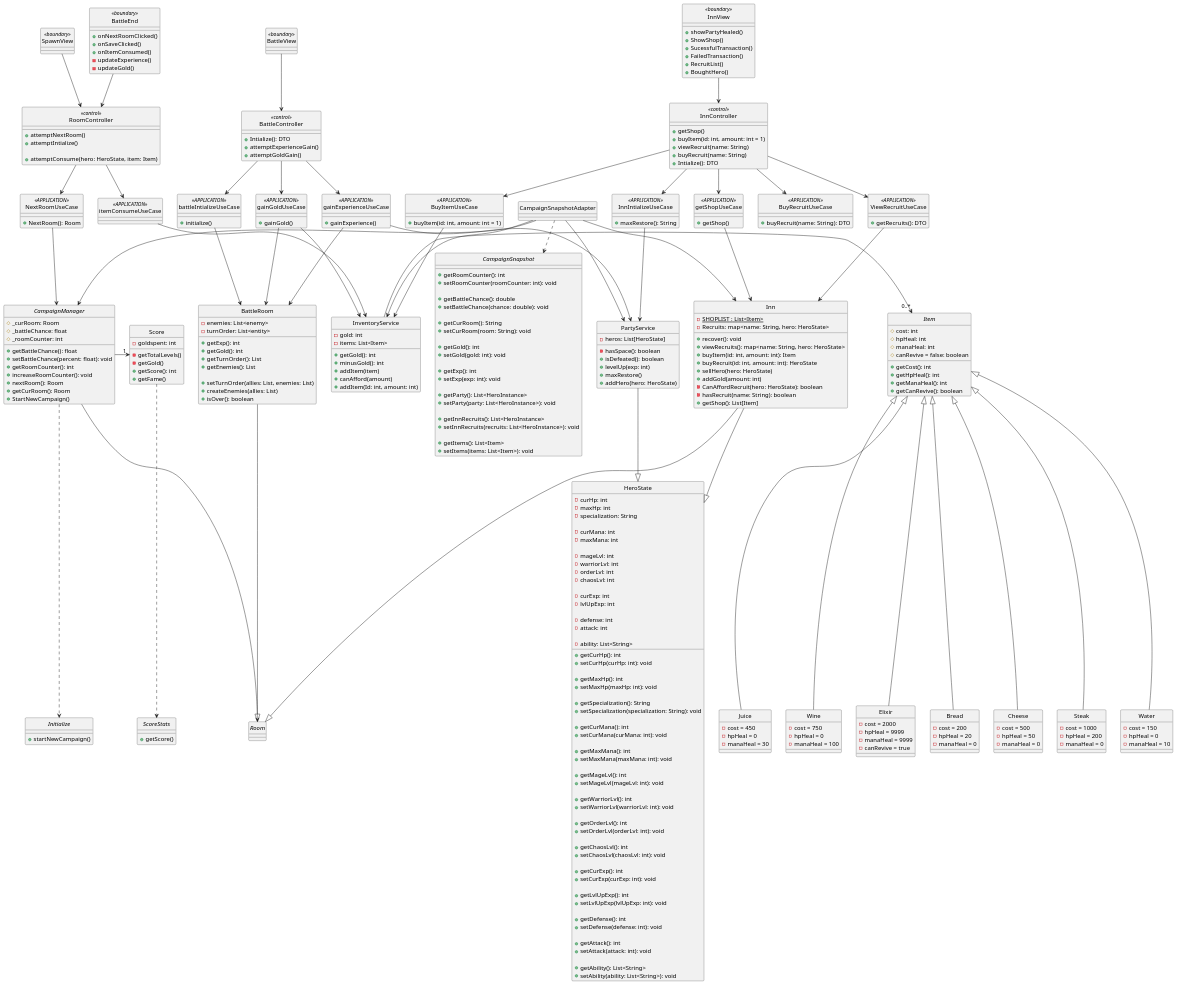
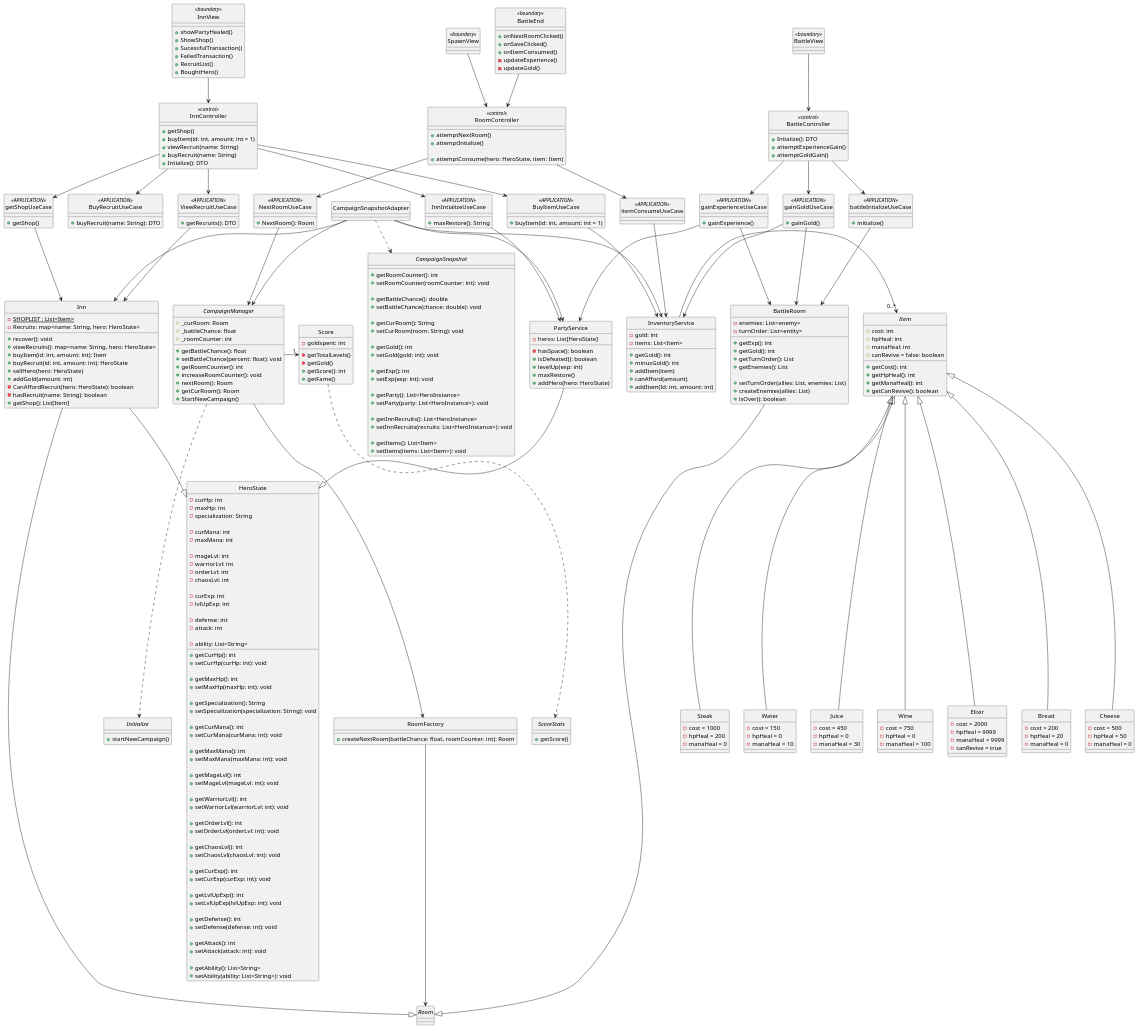
Before and after one commit to JosefG50/2203-Legends-of-Sword-and-Wand: the diagram in rpg-legends/campaign-progression/docs/uml/services/class/inn.puml, drawn with PlantUML. The commit also changed 2 other files, not shown here.

Commit message:
[feat] added factory

```diff
--- a/rpg-legends/campaign-progression/docs/uml/services/class/inn.puml
+++ b/rpg-legends/campaign-progression/docs/uml/services/class/inn.puml
@@ -294,6 +294,15 @@
 class CampaignSnapshotAdapter{
 
 }
+
+class RoomFactory{
+    + createNextRoom(battleChance: float, roomCounter: int): Room
+}
+
+CampaignManager --> RoomFactory
+RoomFactory --> Room
+
+
 SpawnView -->  RoomController
 BattleEnd -->  RoomController
 InnView -->  InnController
@@ -349,7 +358,6 @@
 
 
 CampaignManager -> "1" Score
-CampaignManager -> Room
 
 InventoryService -> "0..*" Item
 
```
